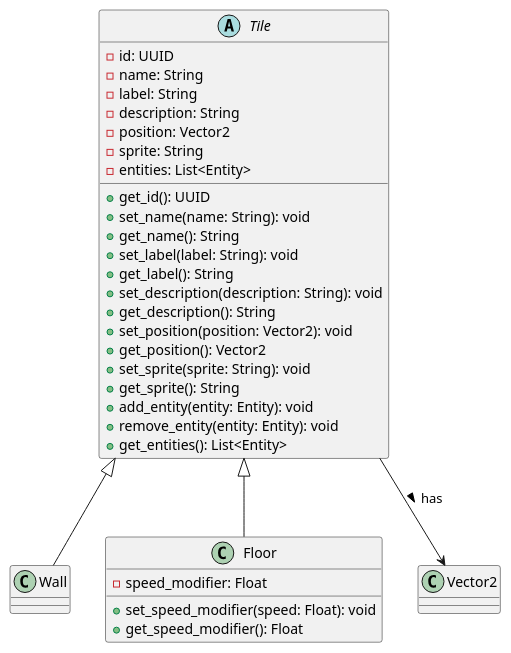
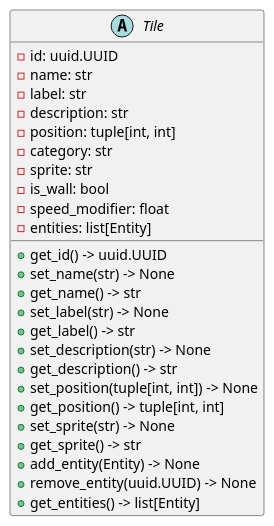
One commit to Watudube/Project-SLFW changed the diagram in documentation/system_design_diagrams/plantUML/tile/tile.puml. Above: the diagram before and after it, drawn with PlantUML. The commit also changed 6 other files, not shown here.

First line of the commit message:
Updated PlatUML class diagrams.

```diff
--- a/documentation/system_design_diagrams/plantUML/tile/tile.puml
+++ b/documentation/system_design_diagrams/plantUML/tile/tile.puml
@@ -1,42 +1,30 @@
 @startuml
 
-' Tile hierarchy
-
 abstract class Tile {
-  -id: UUID
-  -name: String
-  -label: String
-  -description: String
-  -position: Vector2
-  -sprite: String
-  -entities: List<Entity>
-  +get_id(): UUID
-  +set_name(name: String): void
-  +get_name(): String
-  +set_label(label: String): void
-  +get_label(): String
-  +set_description(description: String): void
-  +get_description(): String
-  +set_position(position: Vector2): void
-  +get_position(): Vector2
-  +set_sprite(sprite: String): void
-  +get_sprite(): String
-  +add_entity(entity: Entity): void
-  +remove_entity(entity: Entity): void
-  +get_entities(): List<Entity>
+  - id: uuid.UUID
+  - name: str
+  - label: str
+  - description: str
+  - position: tuple[int, int]
+  - category: str
+  - sprite: str
+  - is_wall: bool
+  - speed_modifier: float
+  - entities: list[Entity]
+  + get_id() -> uuid.UUID
+  + set_name(str) -> None
+  + get_name() -> str
+  + set_label(str) -> None
+  + get_label() -> str
+  + set_description(str) -> None
+  + get_description() -> str
+  + set_position(tuple[int, int]) -> None
+  + get_position() -> tuple[int, int]
+  + set_sprite(str) -> None
+  + get_sprite() -> str
+  + add_entity(Entity) -> None
+  + remove_entity(uuid.UUID) -> None
+  + get_entities() -> list[Entity]
 }
 
-class Wall
-
-Tile <|-- Wall
-
-class Floor {
-  -speed_modifier: Float
-  +set_speed_modifier(speed: Float): void
-  +get_speed_modifier(): Float
-}
-
-Tile <|-- Floor
-Tile --> Vector2 : has >
-
 @enduml
```
